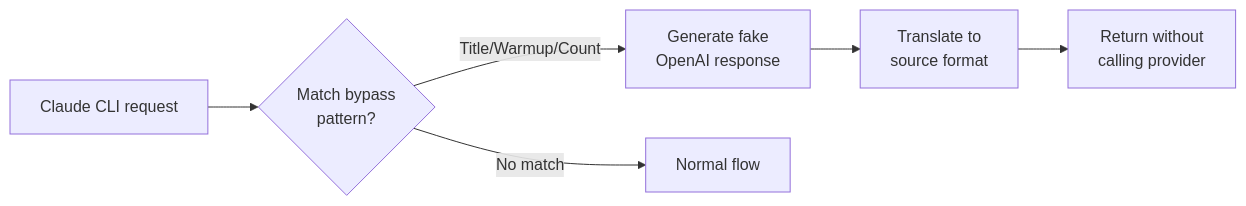
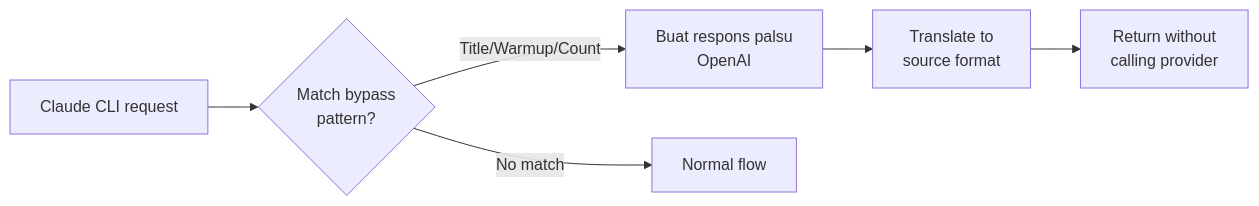
One commit to innotelinc/jesus changed diagram 12 of 12 in apps/omniroute/docs/i18n/id/docs/architecture/CODEBASE_DOCUMENTATION.md. Above: the diagram before and after it, drawn with Mermaid. The commit also changed other lines of this file and 152 other files, not shown here.

````diff
--- a/apps/omniroute/docs/i18n/id/docs/architecture/CODEBASE_DOCUMENTATION.md
+++ b/apps/omniroute/docs/i18n/id/docs/architecture/CODEBASE_DOCUMENTATION.md
@@ -584,8 +584,8 @@
 ```mermaid
 flowchart LR
     A["Claude CLI request"] --> B{"Match bypass\npattern?"}
-    B -->|"Title/Warmup/Count"| C["Generate fake\nOpenAI response"]
+    B -->|"Title/Warmup/Count"| C["Buat respons palsu\nOpenAI"]
     B -->|"No match"| D["Normal flow"]
     C --> E["Translate to\nsource format"]
     E --> F["Return without\ncalling provider"]
 ```
````
